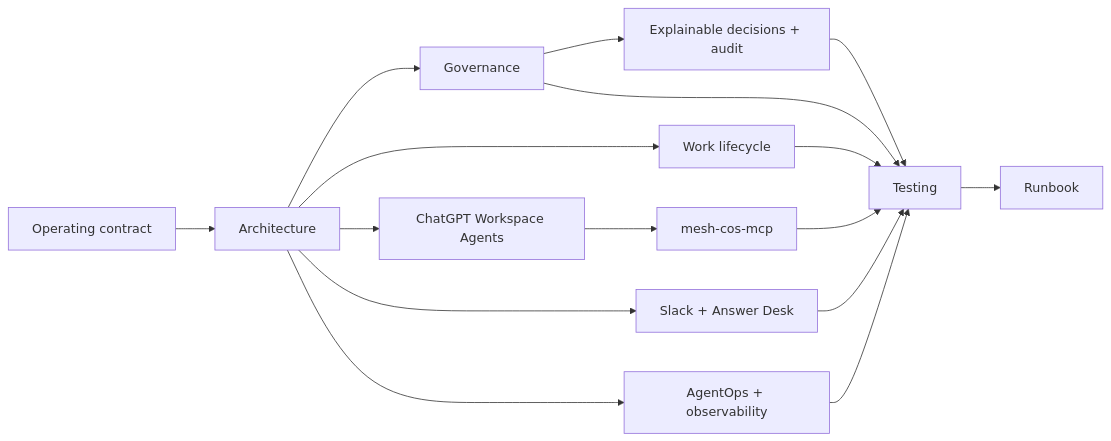
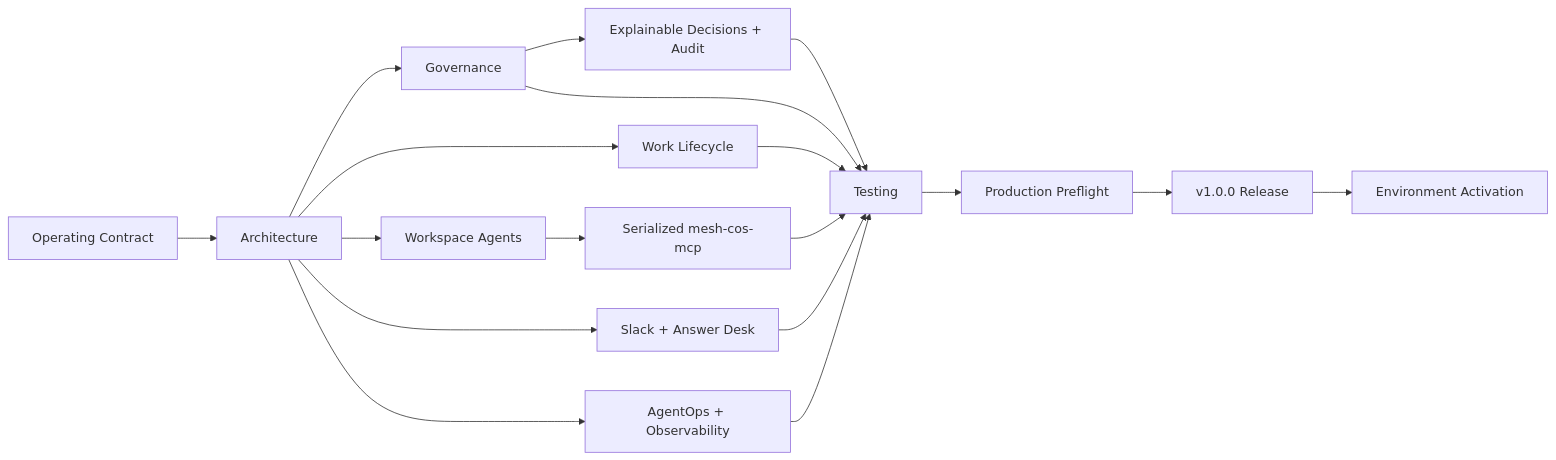
Before and after one commit to mkleinbe/mesh-ai-agent-cos-universe: the first of 2 diagrams in docs/README.md, drawn with Mermaid. The commit also changed other lines of this file, not shown here.

Commit message:
docs: update documentation index for v1.0.0 production readiness

````diff
--- a/docs/README.md
+++ b/docs/README.md
@@ -5,18 +7,20 @@
 ```mermaid
 flowchart LR
-    C[Operating contract] --> A[Architecture]
+    C[Operating Contract] --> A[Architecture]
     A --> G[Governance]
-    A --> W[Work lifecycle]
-    A --> CA[ChatGPT Workspace Agents]
+    A --> W[Work Lifecycle]
+    A --> CA[Workspace Agents]
     A --> S[Slack + Answer Desk]
-    A --> O[AgentOps + observability]
-    G --> X[Explainable decisions + audit]
-    CA --> MCP[mesh-cos-mcp]
+    A --> O[AgentOps + Observability]
+    G --> X[Explainable Decisions + Audit]
+    CA --> MCP[Serialized mesh-cos-mcp]
     G --> T[Testing]
     W --> T
     S --> T
     O --> T
     X --> T
     MCP --> T
-    T --> R[Runbook]
+    T --> P[Production Preflight]
+    P --> R[v1.0.0 Release]
+    R --> ACT[Environment Activation]
 ```
````
